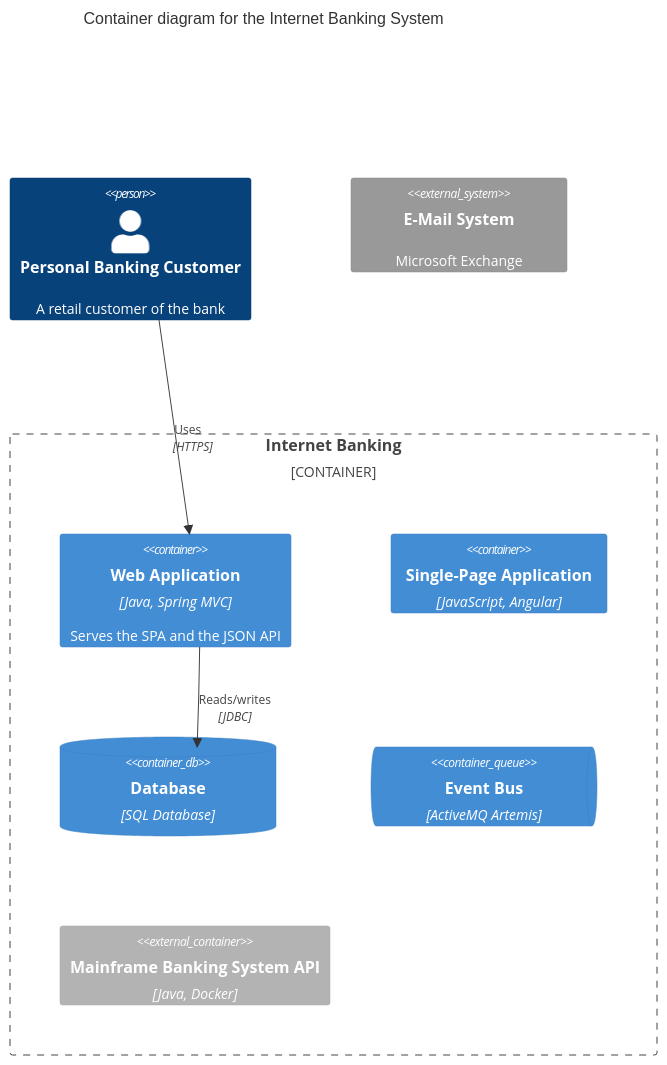
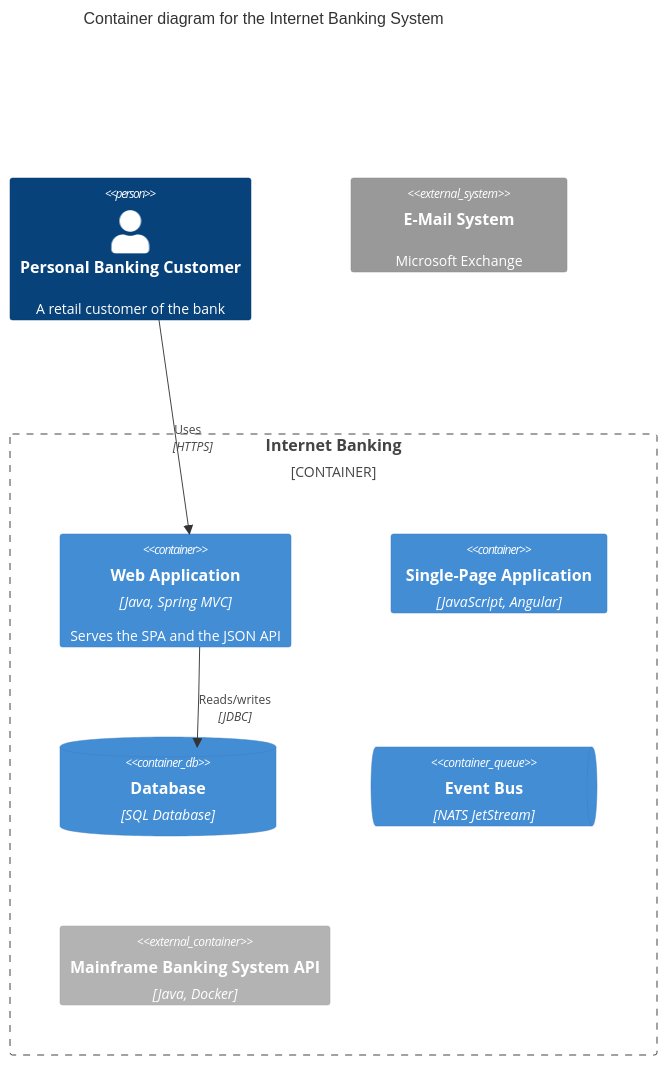
One commit to timo-jakob/timos-claude-code-plugins changed the diagram in tests/fixtures/c4/c4-container.md. Above: the diagram before and after it, drawn with Mermaid. The commit also changed 5 other files, not shown here.

````diff
--- a/tests/fixtures/c4/c4-container.md
+++ b/tests/fixtures/c4/c4-container.md
@@ -1,19 +1,19 @@
 ```mermaid
 C4Container
     title Container diagram for the Internet Banking System
 
     Person(customer, "Personal Banking Customer", "A retail customer of the bank")
 
     Container_Boundary(c1, "Internet Banking") {
         Container(web_app, "Web Application", "Java, Spring MVC", "Serves the SPA and the JSON API")
         Container(spa, "Single-Page Application", "JavaScript, Angular")
         ContainerDb(database, "Database", "SQL Database")
-        ContainerQueue(events, "Event Bus", "ActiveMQ Artemis")
+        ContainerQueue(events, "Event Bus", "NATS JetStream")
         Container_Ext(backend_api, "Mainframe Banking System API", "Java, Docker")
     }
 
     System_Ext(email_system, "E-Mail System", "Microsoft Exchange")
 
     Rel(customer, web_app, "Uses", "HTTPS")
     Rel(web_app, database, "Reads/writes", "JDBC")
 ```
````
